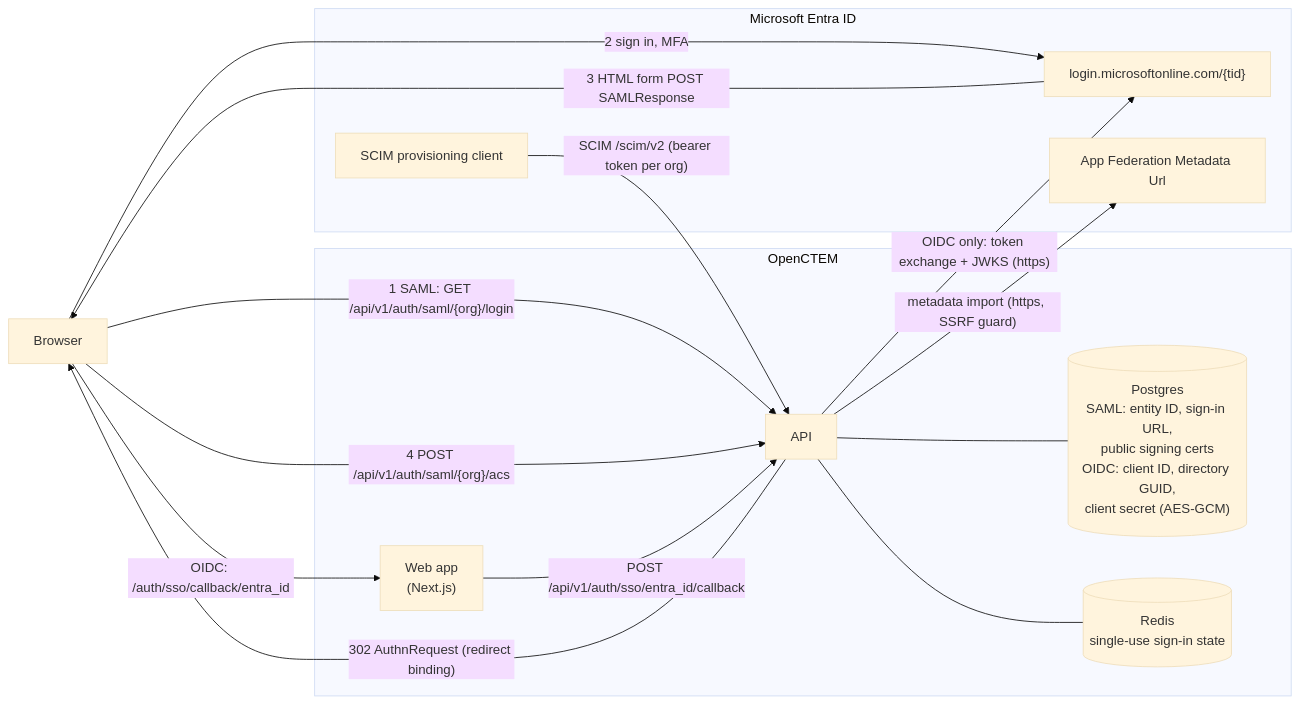
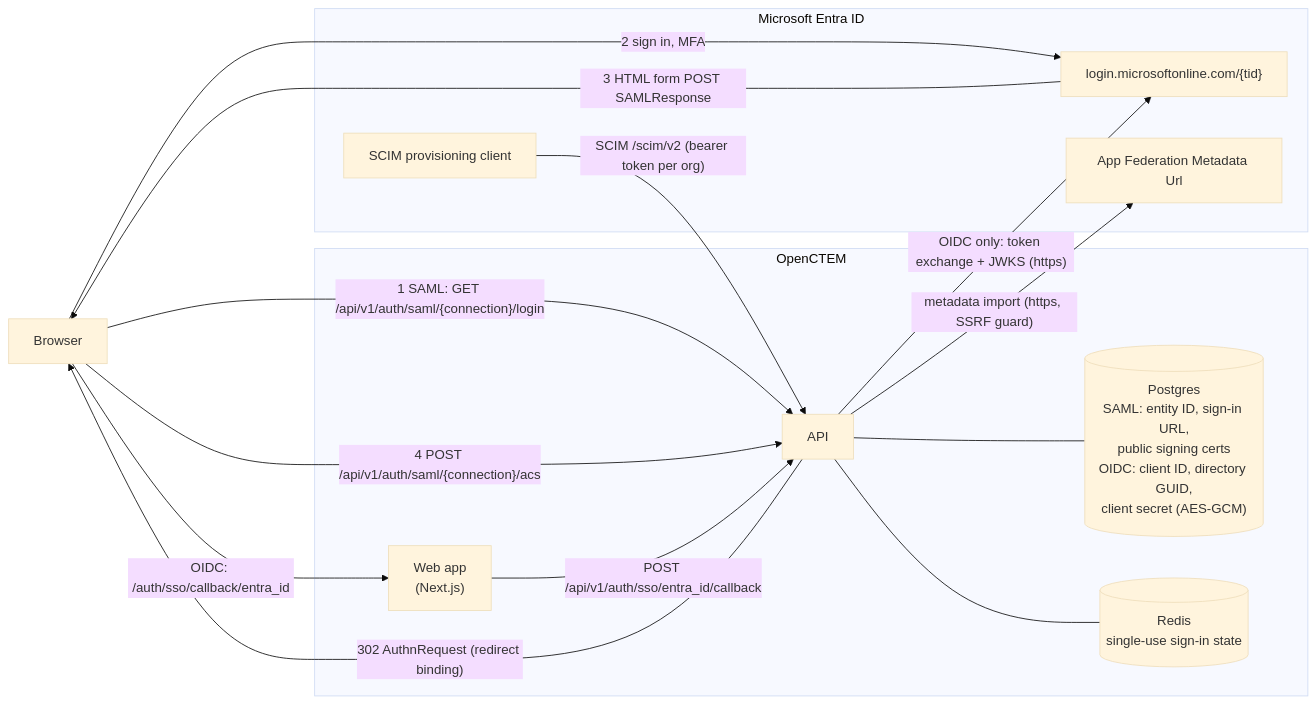
The second of 3 diagrams in server/docs/how-to/configure-entraid.md (openctemio/openctem), drawn with Mermaid (base theme) before and after one commit. The commit also changed other lines of this file and 26 other files, not shown here.

First line of the commit message:
Merge pull request #4389 from openctemio/fix/saml-connection-urls

````diff
--- a/server/docs/how-to/configure-entraid.md
+++ b/server/docs/how-to/configure-entraid.md
@@ -63,28 +63,28 @@
 ```mermaid
 flowchart LR
     B["Browser"]
     subgraph OC["OpenCTEM"]
         W["Web app<br/>(Next.js)"]
         A["API"]
         DB[("Postgres<br/>SAML: entity ID, sign-in URL,<br/>public signing certs<br/>OIDC: client ID, directory GUID,<br/>client secret (AES-GCM)")]
         R[("Redis<br/>single-use sign-in state")]
     end
     subgraph MS["Microsoft Entra ID"]
         L["login.microsoftonline.com/{tid}"]
         FM["App Federation Metadata Url"]
         SC["SCIM provisioning client"]
     end
 
-    B -- "1 SAML: GET /api/v1/auth/saml/{org}/login" --> A
+    B -- "1 SAML: GET /api/v1/auth/saml/{connection}/login" --> A
     A -- "302 AuthnRequest (redirect binding)" --> B
     B -- "2 sign in, MFA" --> L
     L -- "3 HTML form POST SAMLResponse" --> B
-    B -- "4 POST /api/v1/auth/saml/{org}/acs" --> A
+    B -- "4 POST /api/v1/auth/saml/{connection}/acs" --> A
     B -- "OIDC: /auth/sso/callback/entra_id" --> W
     W -- "POST /api/v1/auth/sso/entra_id/callback" --> A
     A -- "OIDC only: token exchange + JWKS (https)" --> L
     A -- "metadata import (https, SSRF guard)" --> FM
     SC -- "SCIM /scim/v2 (bearer token per org)" --> A
     A --- DB
     A --- R
 ```
````
